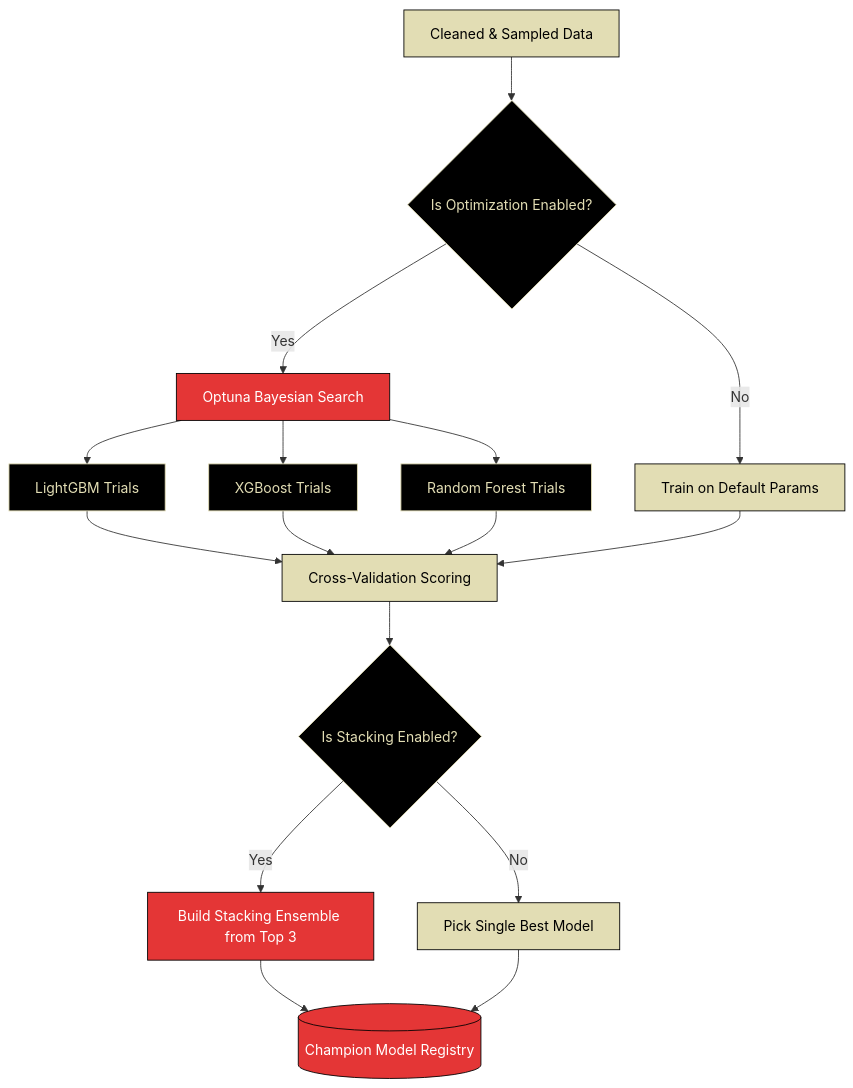
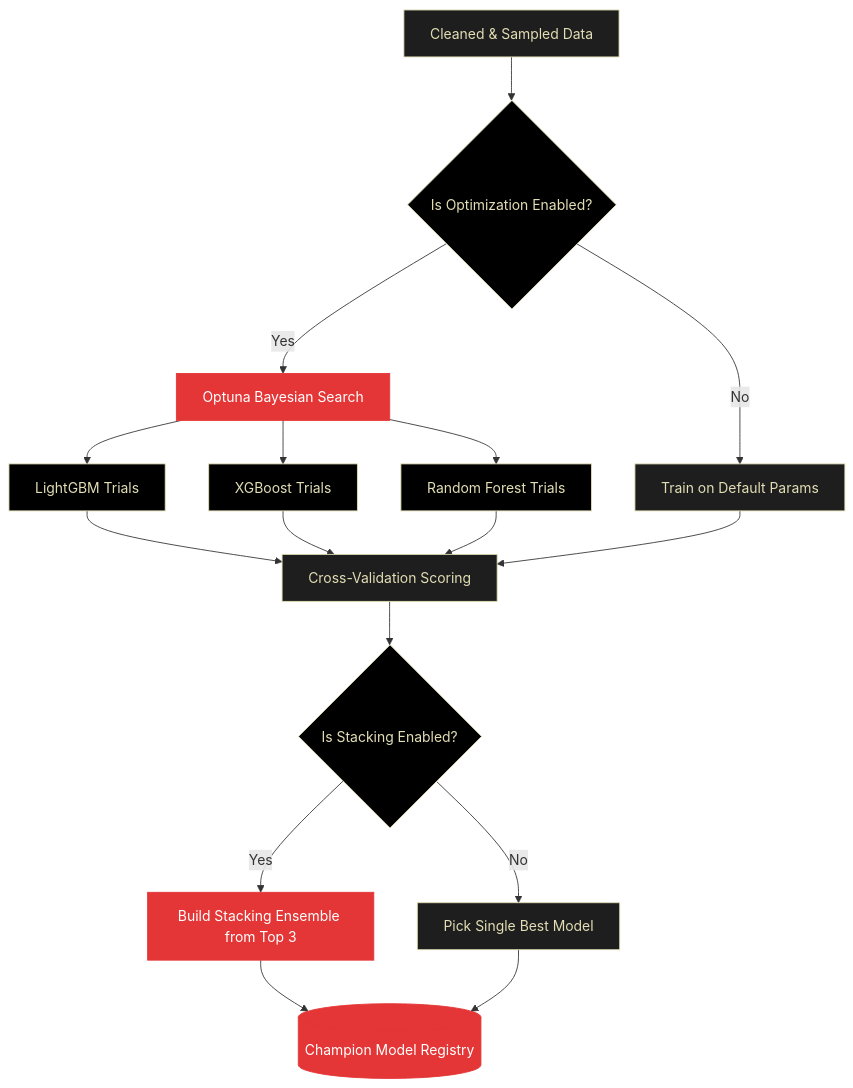
One commit to GhulamMuhammadNabeel/OctoLearn changed the diagram in docs/testing.md. Above: the diagram before and after it, drawn with Mermaid. The commit also changed 7 other files, not shown here.

````diff
--- a/docs/testing.md
+++ b/docs/testing.md
@@ -140,28 +140,28 @@
 ```mermaid
 flowchart TD
     %% Styling
-    classDef primary fill:#E43636,stroke:#000000,stroke-width:1px,color:#FFFFFF;
-    classDef secondary fill:#E2DDB4,stroke:#000000,stroke-width:1px,color:#000000;
+    classDef primary fill:#E43636,stroke:#E43636,stroke-width:1px,color:#FFFFFF;
+    classDef secondary fill:#1e1e1e,stroke:#E2DDB4,stroke-width:1px,color:#E2DDB4;
     classDef default fill:#000000,stroke:#E2DDB4,stroke-width:1px,color:#E2DDB4;
 
     Start[Cleaned & Sampled Data]:::secondary --> Optimize{Is Optimization Enabled?}:::default
     
     Optimize -- Yes --> Optuna[Optuna Bayesian Search]:::primary
     Optimize -- No --> DefaultP[Train on Default Params]:::secondary
     
     Optuna --> LGBM[LightGBM Trials]:::default
     Optuna --> XGB[XGBoost Trials]:::default
     Optuna --> RF[Random Forest Trials]:::default
     
     LGBM --> Eval[Cross-Validation Scoring]:::secondary
     XGB --> Eval
     RF --> Eval
     DefaultP --> Eval
     
     Eval --> Top3{Is Stacking Enabled?}:::default
     Top3 -- Yes --> Stack[Build Stacking Ensemble from Top 3]:::primary
     Top3 -- No --> Pick[Pick Single Best Model]:::secondary
     
     Stack --> Champion[(Champion Model Registry)]:::primary
     Pick --> Champion
 ```
````
